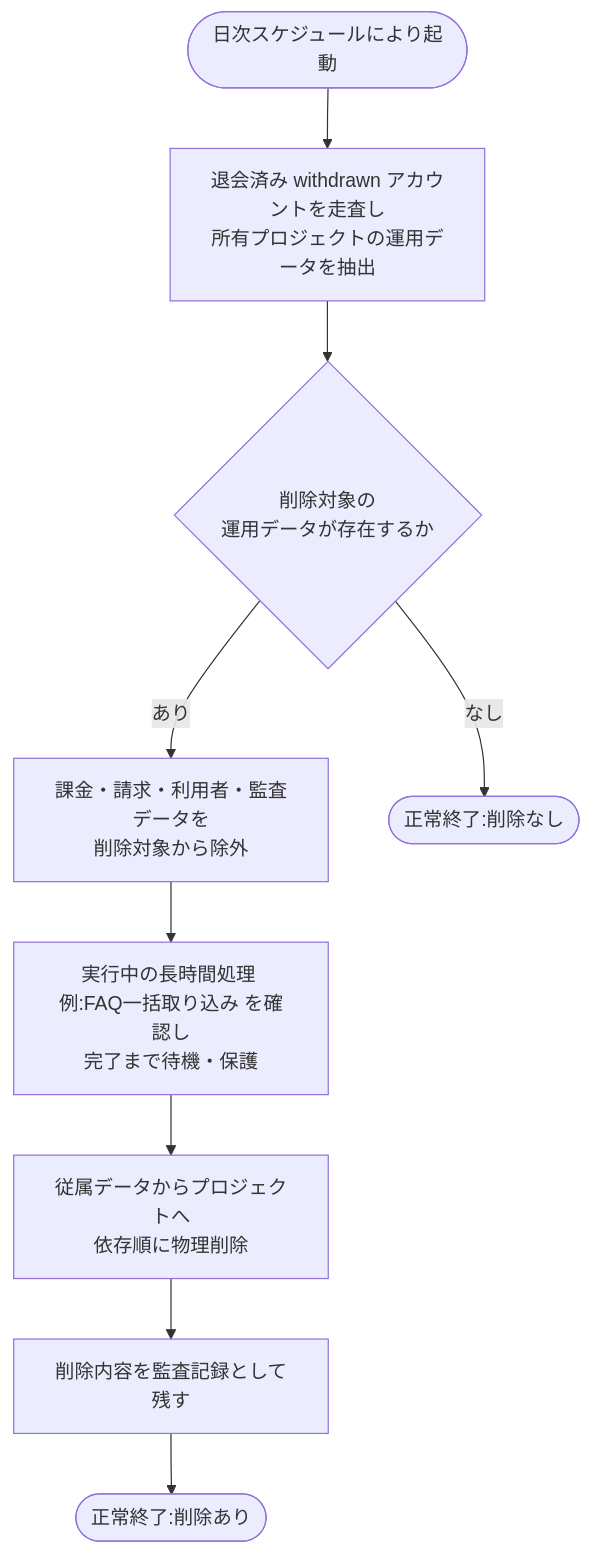
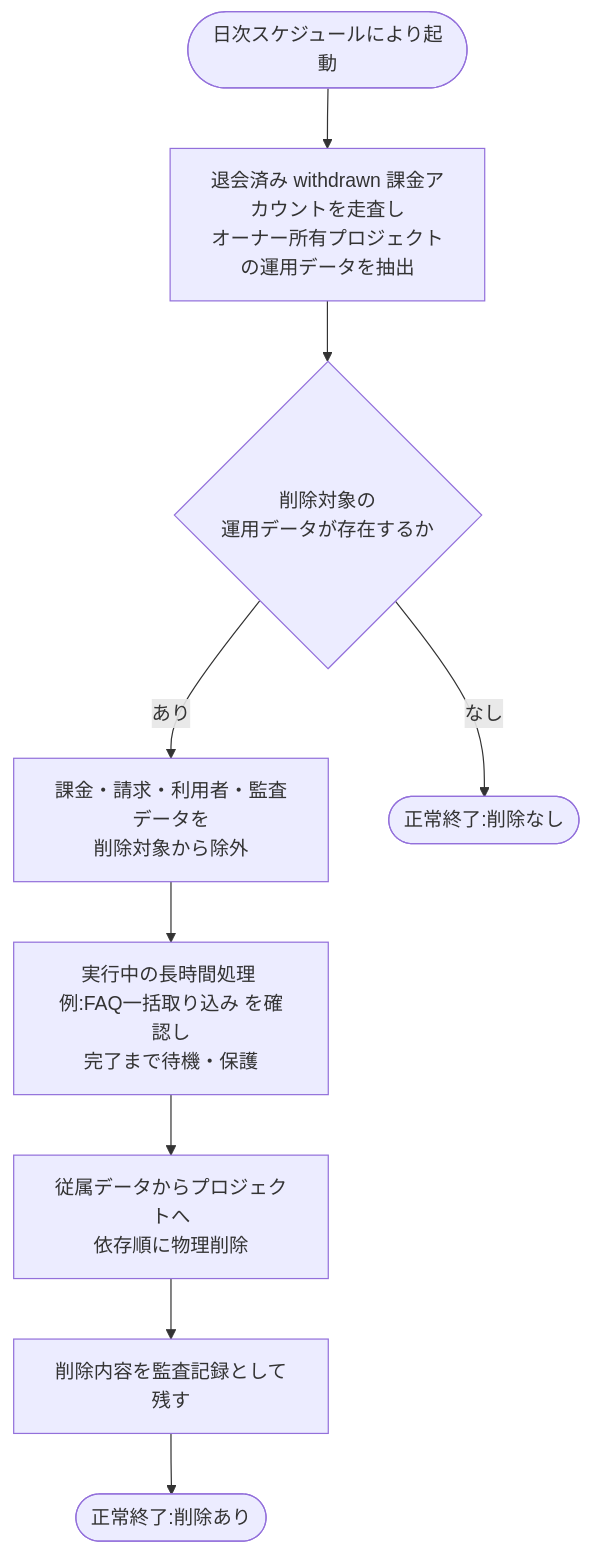
One commit to sikakou54/open-faq changed the diagram in 02_basic_design/02_backend/01_system/SYS-027.md. Above: the diagram before and after it, drawn with Mermaid. The commit also changed other lines of this file and 21 other files, not shown here.

````diff
--- a/02_basic_design/02_backend/01_system/SYS-027.md
+++ b/02_basic_design/02_backend/01_system/SYS-027.md
@@ -36,11 +36,11 @@
 ```mermaid
 flowchart TB
-  S([日次スケジュールにより起動]) --> A[退会済み withdrawn アカウントを走査し<br/>所有プロジェクトの運用データを抽出]
+  S([日次スケジュールにより起動]) --> A[退会済み withdrawn 課金アカウントを走査し<br/>オーナー所有プロジェクトの運用データを抽出]
   A --> B{削除対象の<br/>運用データが存在するか}
   B -- あり --> C[課金・請求・利用者・監査データを<br/>削除対象から除外]
   C --> J[実行中の長時間処理 例:FAQ一括取り込み を確認し<br/>完了まで待機・保護]
   J --> D[従属データからプロジェクトへ<br/>依存順に物理削除]
   D --> E[削除内容を監査記録として残す]
   E --> F([正常終了:削除あり])
   B -- なし --> G([正常終了:削除なし])
 ```
````
